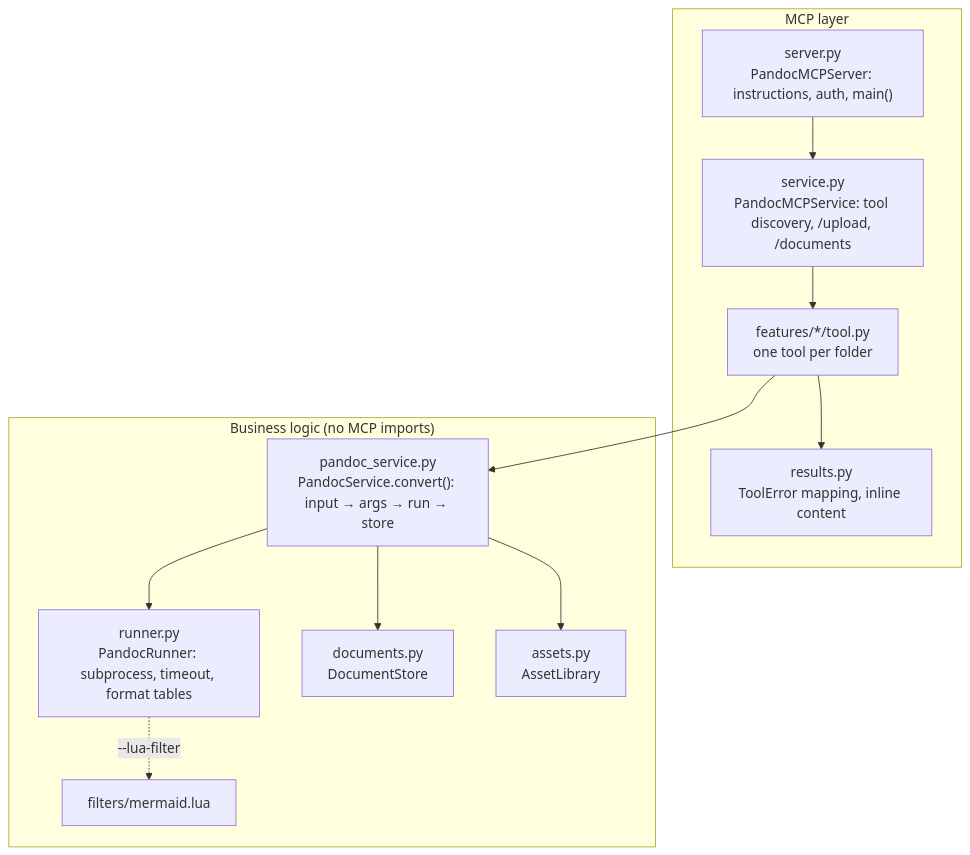
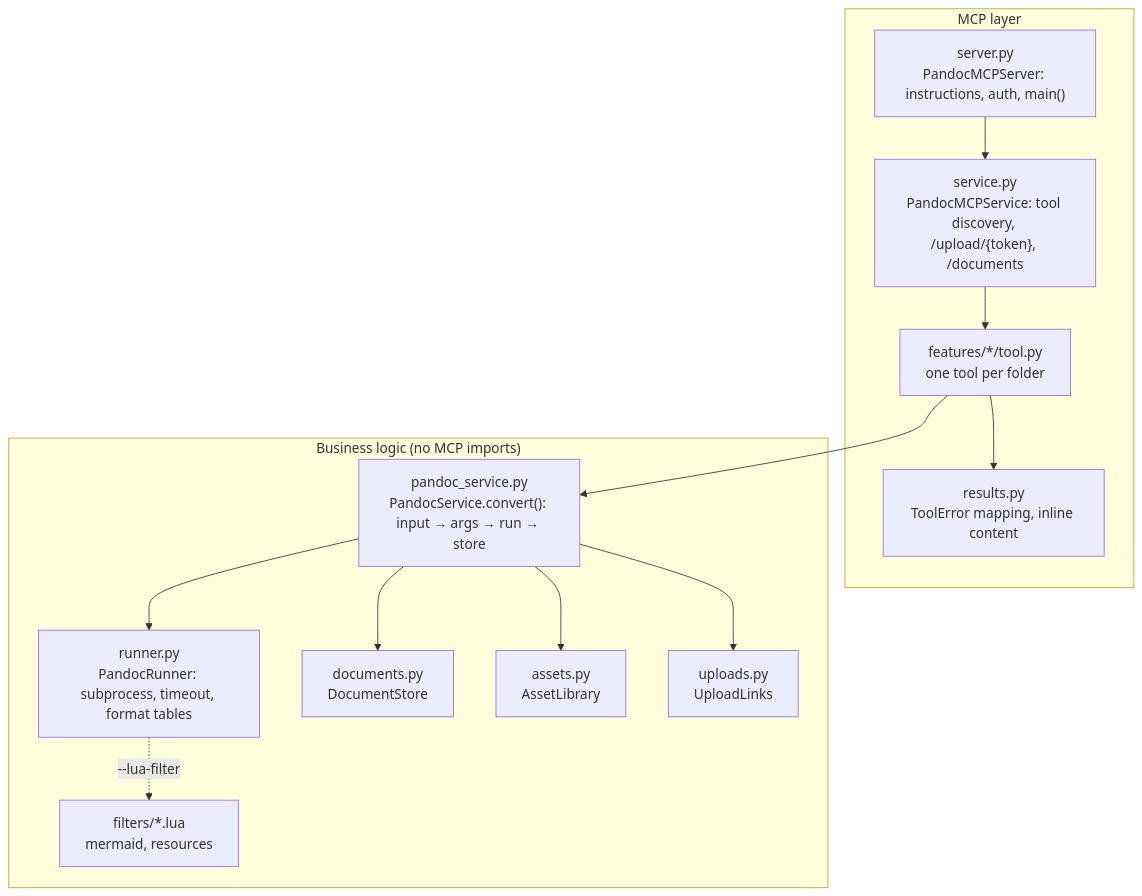
Before and after one commit to geosp/pandoc-mcp: the second of 4 diagrams in docs/ARCHITECTURE.md, drawn with Mermaid. The commit also changed other lines of this file and 16 other files, not shown here.

First line of the commit message:
Replace token uploads with short-lived upload links; add image resources

````diff
--- a/docs/ARCHITECTURE.md
+++ b/docs/ARCHITECTURE.md
@@ -46,22 +46,23 @@
 ```mermaid
 flowchart TB
     subgraph mcp_layer["MCP layer"]
         server["server.py<br/>PandocMCPServer: instructions, auth, main()"]
-        service["service.py<br/>PandocMCPService: tool discovery, /upload, /documents"]
+        service["service.py<br/>PandocMCPService: tool discovery, /upload/{token}, /documents"]
         tools["features/*/tool.py<br/>one tool per folder"]
         results["results.py<br/>ToolError mapping, inline content"]
     end
 
     subgraph logic["Business logic (no MCP imports)"]
         ps["pandoc_service.py<br/>PandocService.convert(): input → args → run → store"]
         runner["runner.py<br/>PandocRunner: subprocess, timeout, format tables"]
         docs["documents.py<br/>DocumentStore"]
         assets["assets.py<br/>AssetLibrary"]
-        lua["filters/mermaid.lua"]
+        uploads["uploads.py<br/>UploadLinks"]
+        lua["filters/*.lua<br/>mermaid, resources"]
     end
 
     server --> service --> tools --> ps
     tools --> results
-    ps --> runner & docs & assets
+    ps --> runner & docs & assets & uploads
     runner -. "--lua-filter" .-> lua
 ```
````
